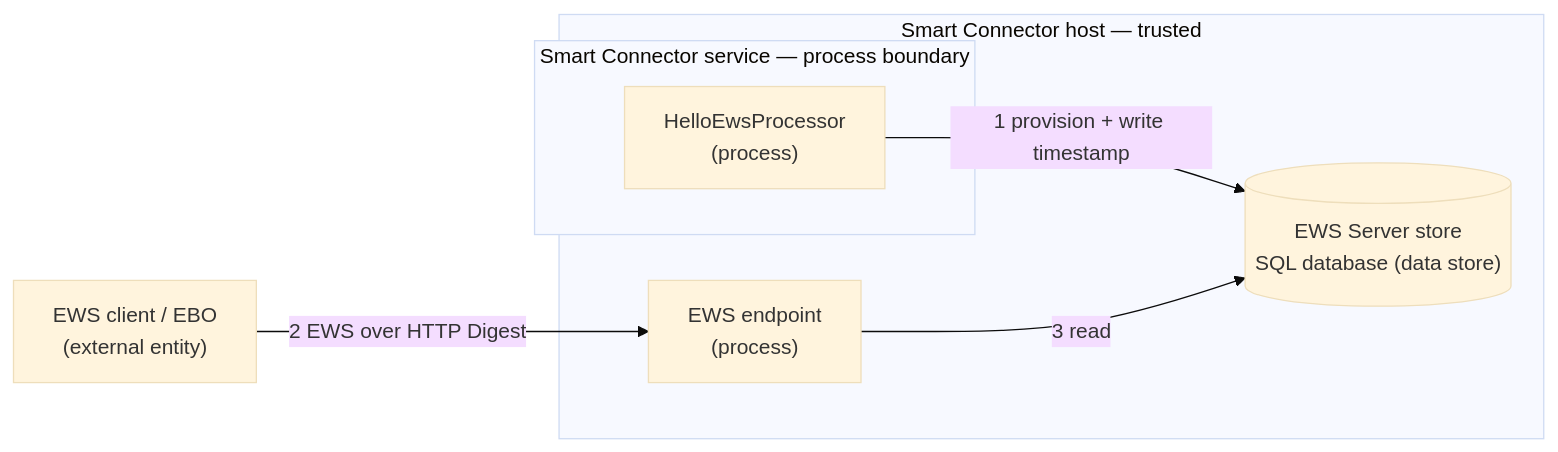
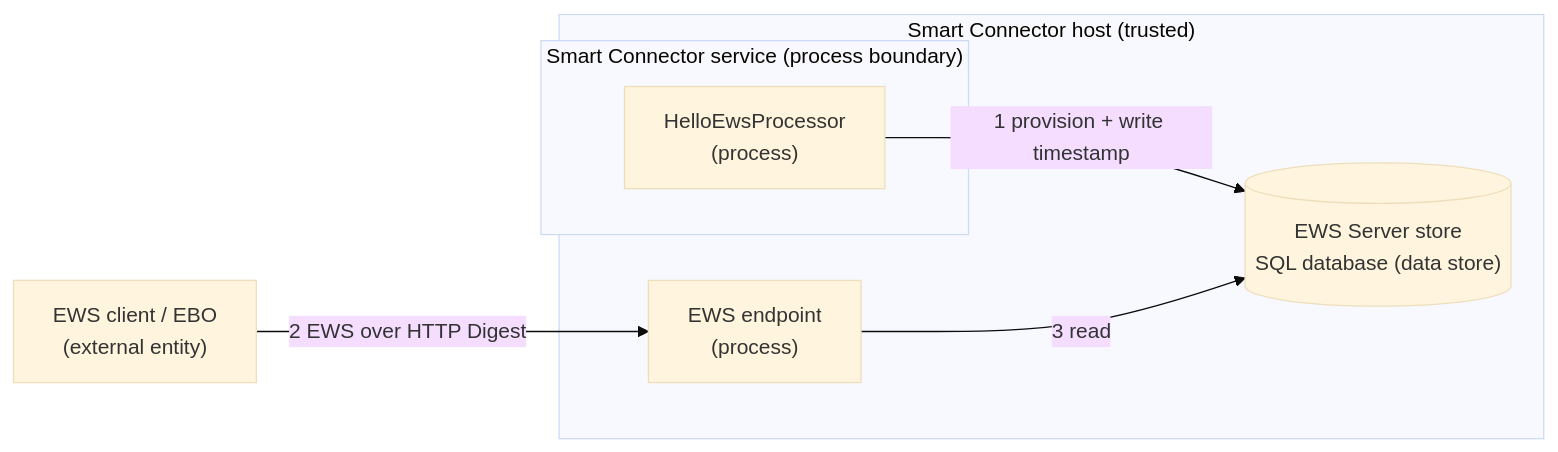
One commit to SchneiderElectricBuildings/SmartConnector changed the diagram in examples/QuickStart.HelloEws/SECURITY.md. Above: the diagram before and after it, drawn with Mermaid (base theme). The commit also changed other lines of this file and 26 other files, not shown here.

````diff
--- a/examples/QuickStart.HelloEws/SECURITY.md
+++ b/examples/QuickStart.HelloEws/SECURITY.md
@@ -53,15 +53,15 @@
 ```mermaid
 flowchart LR
-    subgraph host["Smart Connector host — trusted"]
-        subgraph svc["Smart Connector service — process boundary"]
+    subgraph host["Smart Connector host (trusted)"]
+        subgraph svc["Smart Connector service (process boundary)"]
             P["HelloEwsProcessor<br/>(process)"]
         end
         DB[("EWS Server store<br/>SQL database (data store)")]
         EWS["EWS endpoint<br/>(process)"]
     end
     EBO["EWS client / EBO<br/>(external entity)"]
 
     P -->|"1 provision + write timestamp"| DB
     EWS -->|"3 read"| DB
     EBO -->|"2 EWS over HTTP Digest"| EWS
 ```
````
